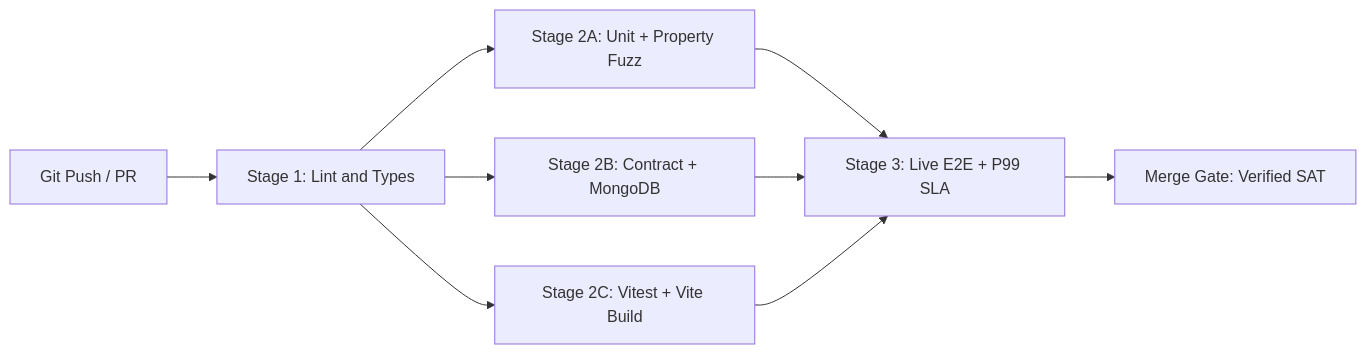
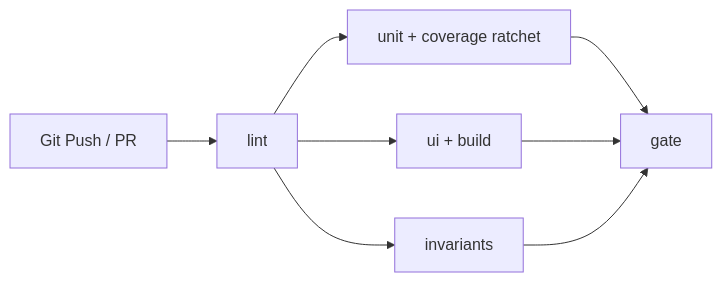
Before and after one commit to Nikhil-Mundhra/Wealth-Advisor: the diagram in docs/architecture/testing-guardrails.md, drawn with Mermaid. The commit also changed other lines of this file and 5 other files, not shown here.

Commit message:
docs(ci): fold new pipeline and coverage ratchet into testing-guardrails, drop duplicate guide

````diff
--- a/docs/architecture/testing-guardrails.md
+++ b/docs/architecture/testing-guardrails.md
@@ -56,11 +42,10 @@
 ```mermaid
 graph LR
-  Commit[Git Push / PR] --> S1[Stage 1: Lint and Types]
-  S1 --> S2A[Stage 2A: Unit + Property Fuzz]
-  S1 --> S2B[Stage 2B: Contract + MongoDB]
-  S1 --> S2C[Stage 2C: Vitest + Vite Build]
-  S2A --> S3[Stage 3: Live E2E + P99 SLA]
-  S2B --> S3
-  S2C --> S3
-  S3 --> Gate[Merge Gate: Verified SAT]
+  Commit[Git Push / PR] --> Lint[lint]
+  Lint --> Unit[unit + coverage ratchet]
+  Lint --> UI[ui + build]
+  Lint --> Inv[invariants]
+  Unit --> Gate[gate]
+  UI --> Gate
+  Inv --> Gate
 ```
````
